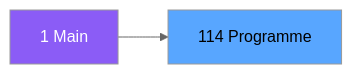
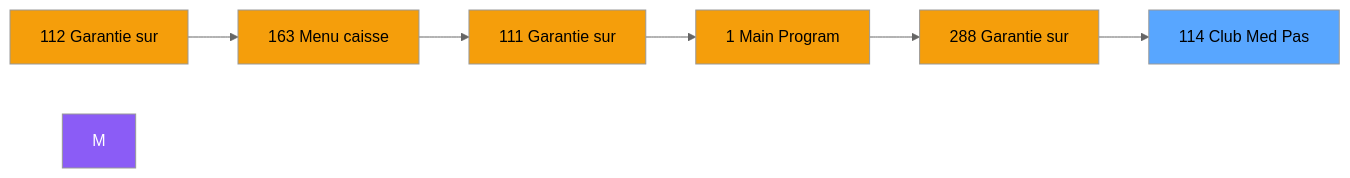
One commit to thonyAGP/magic-migration changed the second of 3 diagrams in .openspec/specs/ADH-IDE-114.md. Above: the diagram before and after it, drawn with Mermaid (neutral theme). The commit also changed other lines of this file and 323 other files, not shown here.

````diff
--- a/.openspec/specs/ADH-IDE-114.md
+++ b/.openspec/specs/ADH-IDE-114.md
@@ -101,8 +127,21 @@
 ```mermaid
 graph LR
-    M[1 Main]
-    T[114 Programme]
-    M --> T
+    N112[112 Garantie sur]
+    N163[163 Menu caisse ]
+    N111[111 Garantie sur]
+    N1[1 Main Program]
+    N288[288 Garantie sur]
+    T[114 Club Med Pas]
+    N112 --> N163
+    N163 --> N111
+    N111 --> N1
+    N1 --> N288
+    N288 --> T
     style M fill:#8b5cf6,color:#fff
+    style N112 fill:#f59e0b
+    style N163 fill:#f59e0b
+    style N111 fill:#f59e0b
+    style N1 fill:#f59e0b
+    style N288 fill:#f59e0b
     style T fill:#58a6ff,color:#000
 ```
````
